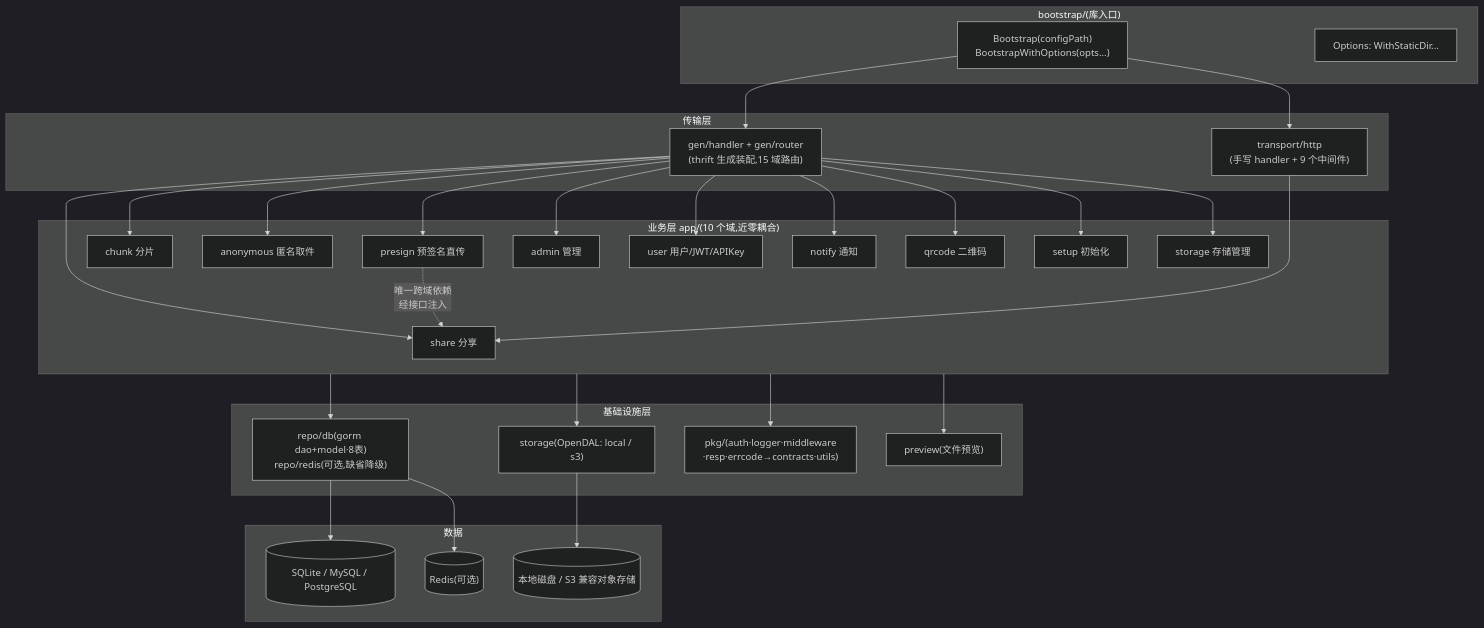
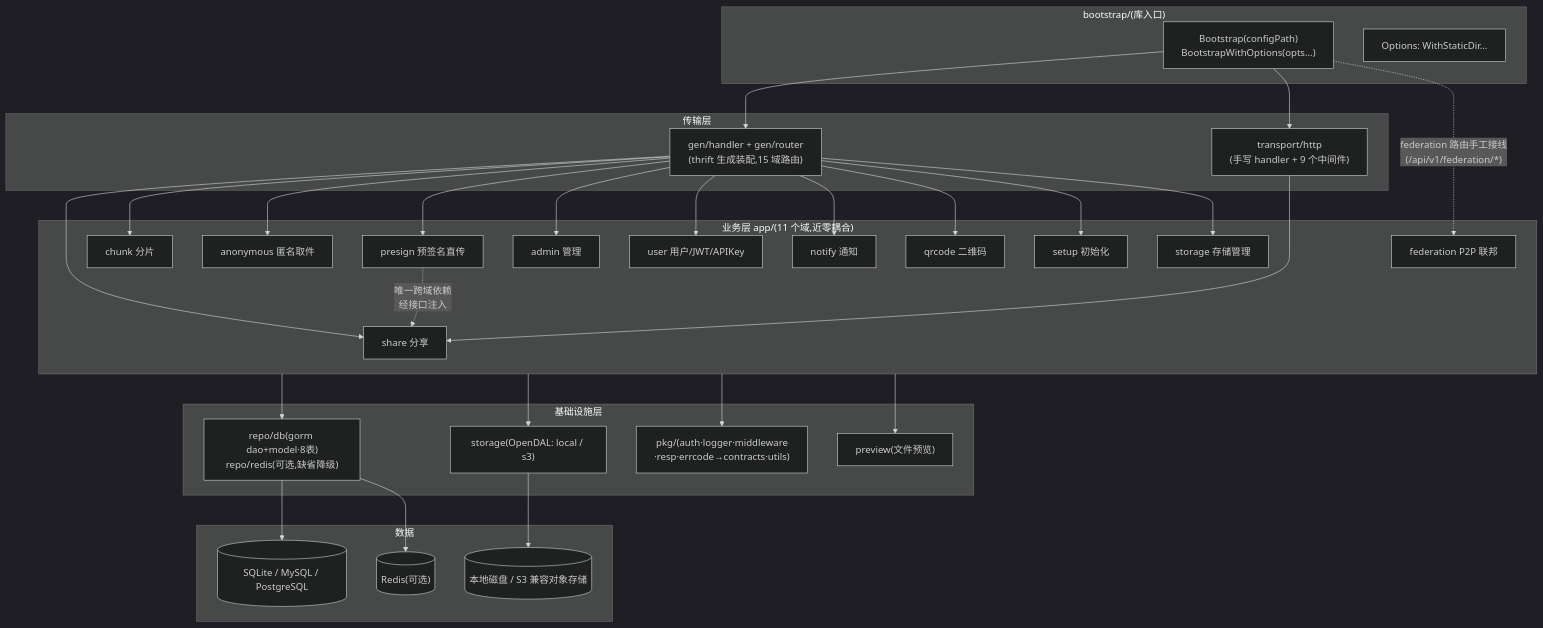
One commit to filescodebox/FilesCodeBox changed the third of 8 diagrams in docs/architecture.md. Above: the diagram before and after it, drawn with Mermaid (dark theme). The commit also changed other lines of this file and 8 other files, not shown here.

````diff
--- a/docs/architecture.md
+++ b/docs/architecture.md
@@ -80,46 +80,48 @@
 ```mermaid
 graph TB
     subgraph BOOT["bootstrap/(库入口)"]
         BS["Bootstrap(configPath)<br/>BootstrapWithOptions(opts...)"]
         OPT["Options: WithStaticDir..."]
     end
 
     subgraph TRANSPORT["传输层"]
         GENH["gen/handler + gen/router<br/>(thrift 生成装配,15 域路由)"]
         HAND["transport/http<br/>(手写 handler + 9 个中间件)"]
     end
 
-    subgraph APP["业务层 app/(10 个域,近零耦合)"]
+    subgraph APP["业务层 app/(11 个域,近零耦合)"]
         SHARE["share 分享"]
         CHUNK["chunk 分片"]
         ANON["anonymous 匿名取件"]
         PRESIGN["presign 预签名直传"]
         ADMIN["admin 管理"]
         USER["user 用户/JWT/APIKey"]
         NOTIFY["notify 通知"]
         QRCODE["qrcode 二维码"]
         SETUP["setup 初始化"]
         STORAGESVC["storage 存储管理"]
+        FED["federation P2P 联邦"]
     end
 
     subgraph INFRA["基础设施层"]
         REPO["repo/db(gorm dao+model·8表)<br/>repo/redis(可选,缺省降级)"]
         STOR["storage(OpenDAL: local / s3)"]
         PKG["pkg/(auth·logger·middleware<br/>·resp·errcode→contracts·utils)"]
         PREVIEW["preview(文件预览)"]
     end
 
     subgraph DATA["数据"]
         DB[("SQLite / MySQL / PostgreSQL")]
         REDIS[("Redis(可选)")]
         OSS[("本地磁盘 / S3 兼容对象存储")]
     end
 
     BS --> GENH & HAND
     GENH --> SHARE & CHUNK & ANON & PRESIGN & ADMIN & USER & NOTIFY & QRCODE & SETUP & STORAGESVC
     HAND --> SHARE
+    BS -.->|"federation 路由手工接线<br/>(/api/v1/federation/*)"| FED
     PRESIGN -.->|"唯一跨域依赖<br/>经接口注入"| SHARE
     APP --> REPO & STOR & PKG & PREVIEW
     REPO --> DB & REDIS
     STOR --> OSS
 ```
````
